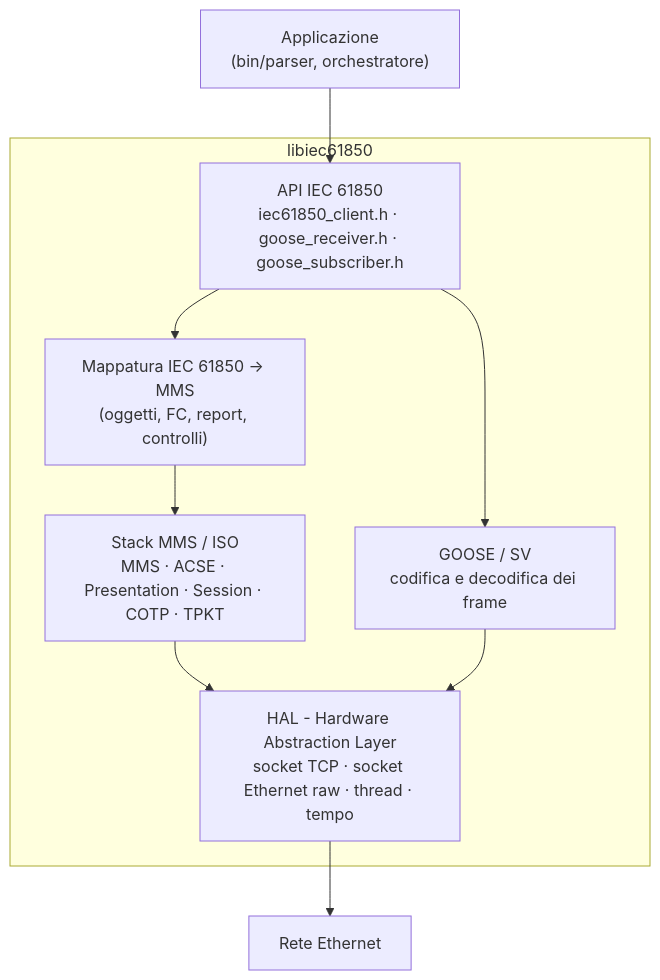
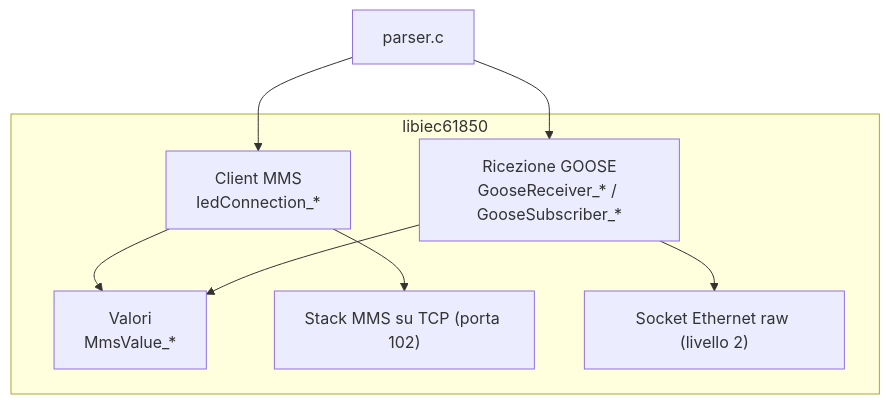
The first of 3 diagrams in IedAnalizer/docs/libiec61850.md (Anzokk/TesiLaurea), drawn with Mermaid before and after one commit. The commit also changed other lines of this file, not shown here.

````diff
--- a/IedAnalizer/docs/libiec61850.md
+++ b/IedAnalizer/docs/libiec61850.md
@@ -46,17 +51,15 @@
 ```mermaid
 flowchart TB
-    APP["Applicazione<br/>(bin/parser, orchestratore)"]
+    P["parser.c"]
     subgraph LIB["libiec61850"]
-        API["API IEC 61850<br/>iec61850_client.h · goose_receiver.h · goose_subscriber.h"]
-        MAP["Mappatura IEC 61850 → MMS<br/>(oggetti, FC, report, controlli)"]
-        MMS["Stack MMS / ISO<br/>MMS · ACSE · Presentation · Session · COTP · TPKT"]
-        GOOSE["GOOSE / SV<br/>codifica e decodifica dei frame"]
-        HAL["HAL - Hardware Abstraction Layer<br/>socket TCP · socket Ethernet raw · thread · tempo"]
+        C["Client MMS<br/>IedConnection_*"]
+        G["Ricezione GOOSE<br/>GooseReceiver_* / GooseSubscriber_*"]
+        V["Valori<br/>MmsValue_*"]
+        S["Stack MMS su TCP (porta 102)"]
+        E["Socket Ethernet raw (livello 2)"]
     end
-    NET["Rete Ethernet"]
-
-    APP --> API
-    API --> MAP --> MMS --> HAL
-    API --> GOOSE --> HAL
-    HAL --> NET
+    P --> C --> S
+    P --> G --> E
+    C --> V
+    G --> V
 ```
````
